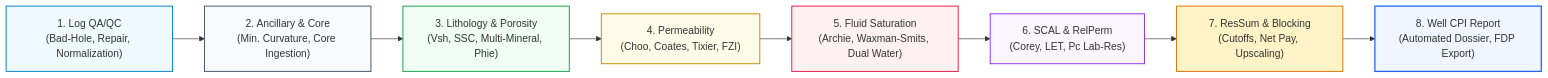
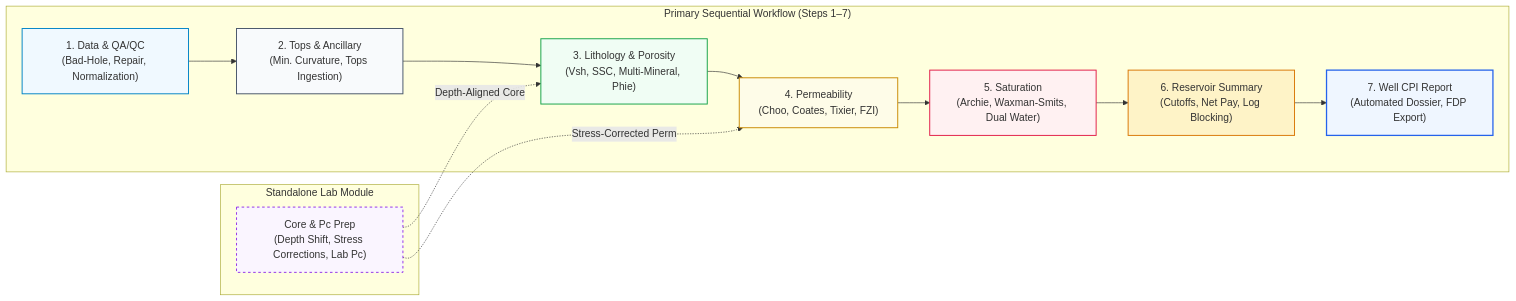
The first of 2 diagrams in docs/workflows/single_well.md (imranfadhil/quick_pp), drawn with Mermaid before and after one commit. The commit also changed other lines of this file and 5 other files, not shown here.

````diff
--- a/docs/workflows/single_well.md
+++ b/docs/workflows/single_well.md
@@ -13,19 +11,27 @@
 ```mermaid
 flowchart LR
-    A["1. Log QA/QC\n(Bad-Hole, Repair, Normalization)"] --> B["2. Ancillary & Core\n(Min. Curvature, Core Ingestion)"]
-    B --> C["3. Lithology & Porosity\n(Vsh, SSC, Multi-Mineral, Phie)"]
-    C --> D["4. Permeability\n(Choo, Coates, Tixier, FZI)"]
-    D --> E["5. Fluid Saturation\n(Archie, Waxman-Smits, Dual Water)"]
-    E --> F["6. SCAL & RelPerm\n(Corey, LET, Pc Lab-Res)"]
-    F --> G["7. ResSum & Blocking\n(Cutoffs, Net Pay, Upscaling)"]
-    G --> H["8. Well CPI Report\n(Automated Dossier, FDP Export)"]
+    subgraph PrimarySeq["Primary Sequential Workflow (Steps 1–7)"]
+        A["1. Data & QA/QC\n(Bad-Hole, Repair, Normalization)"] --> B["2. Tops & Ancillary\n(Min. Curvature, Tops Ingestion)"]
+        B --> C["3. Lithology & Porosity\n(Vsh, SSC, Multi-Mineral, Phie)"]
+        C --> D["4. Permeability\n(Choo, Coates, Tixier, FZI)"]
+        D --> E["5. Saturation\n(Archie, Waxman-Smits, Dual Water)"]
+        E --> F["6. Reservoir Summary\n(Cutoffs, Net Pay, Log Blocking)"]
+        F --> G["7. Well CPI Report\n(Automated Dossier, FDP Export)"]
+    end
+
+    subgraph StandaloneLab["Standalone Lab Module"]
+        LAB["Core & Pc Prep\n(Depth Shift, Stress Corrections, Lab Pc)"]
+    end
+
+    LAB -.->|Depth-Aligned Core| C
+    LAB -.->|Stress-Corrected Perm| D
 
     style A fill:#f0f9ff,stroke:#0284c7,stroke-width:1.5px
     style B fill:#f8fafc,stroke:#475569,stroke-width:1.5px
     style C fill:#f0fdf4,stroke:#16a34a,stroke-width:1.5px
     style D fill:#fefce8,stroke:#ca8a04,stroke-width:1.5px
     style E fill:#fff1f2,stroke:#e11d48,stroke-width:1.5px
-    style F fill:#faf5ff,stroke:#9333ea,stroke-width:1.5px
-    style G fill:#fef3c7,stroke:#d97706,stroke-width:1.5px
-    style H fill:#eff6ff,stroke:#2563eb,stroke-width:2px
+    style F fill:#fef3c7,stroke:#d97706,stroke-width:1.5px
+    style G fill:#eff6ff,stroke:#2563eb,stroke-width:2px
+    style LAB fill:#faf5ff,stroke:#9333ea,stroke-width:1.5px,stroke-dasharray: 4 4
 ```
````
